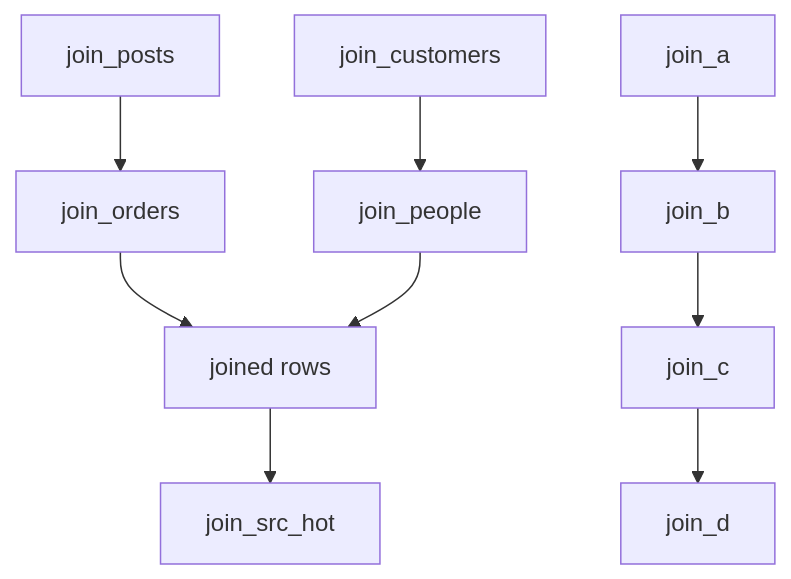
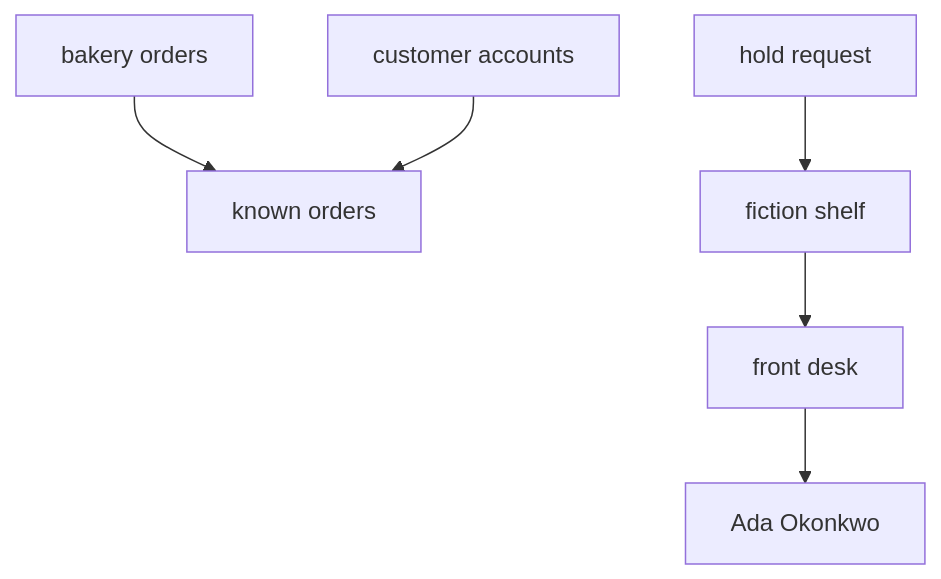
Before and after one commit to jspreddy/dql: the diagram in dqlrs-web/examples/joins/README.md, drawn with Mermaid. The commit also changed other lines of this file and 6 other files, not shown here.

````diff
--- a/dqlrs-web/examples/joins/README.md
+++ b/dqlrs-web/examples/joins/README.md
@@ -20,21 +20,15 @@
 ```mermaid
 flowchart TD
-  posts["join_posts"]
-  customers["join_customers"]
-  orders["join_orders"]
-  people["join_people"]
-  merged["joined rows"]
-  hot["join_src_hot"]
-  stepA["join_a"]
-  stepB["join_b"]
-  stepC["join_c"]
-  stepD["join_d"]
-  posts --> orders
-  customers --> people
-  orders --> merged
-  people --> merged
-  merged --> hot
-  stepA --> stepB
-  stepB --> stepC
-  stepC --> stepD
+  orders["bakery orders"]
+  accounts["customer accounts"]
+  known["known orders"]
+  requests["hold request"]
+  shelves["fiction shelf"]
+  desks["front desk"]
+  patrons["Ada Okonkwo"]
+  orders --> known
+  accounts --> known
+  requests --> shelves
+  shelves --> desks
+  desks --> patrons
 ```
````
